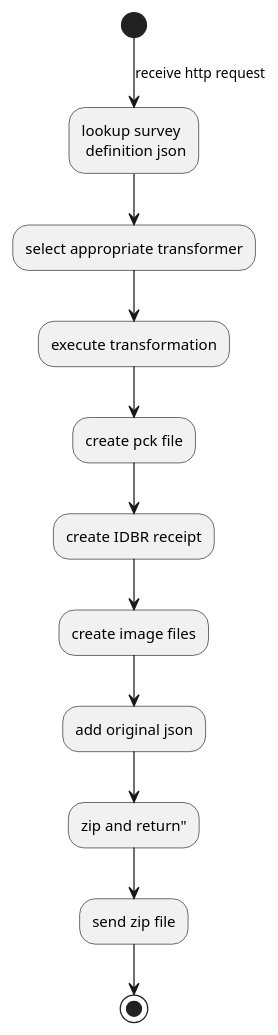
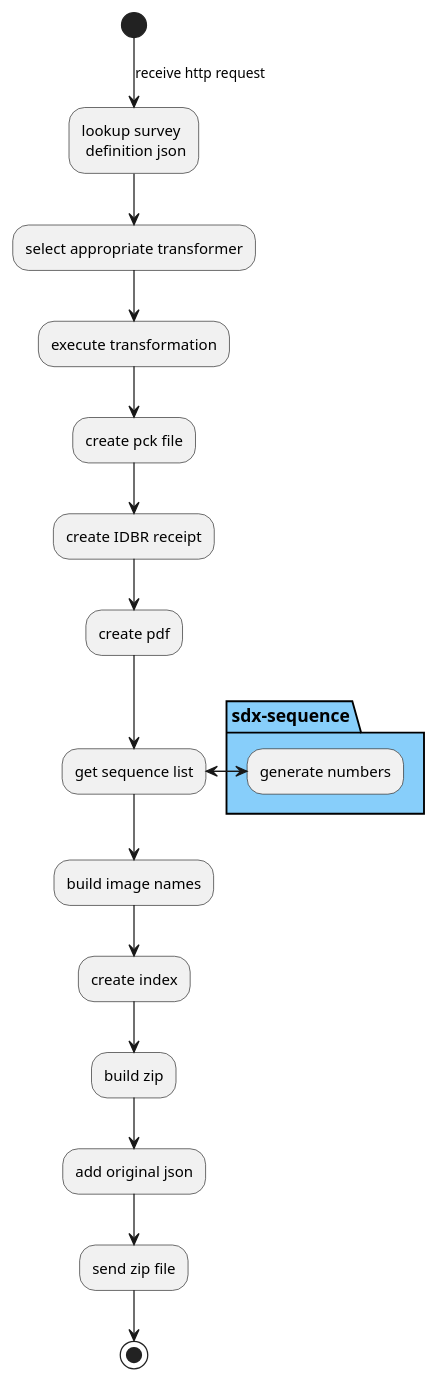
Before and after one commit to ONSdigital/sdx-transform-cs: the diagram in docs/uml/transform-activity.puml, drawn with PlantUML. The commit also changed 1 other file, not shown here.

Commit message:
further updates to diagrams

```diff
--- a/docs/uml/transform-activity.puml
+++ b/docs/uml/transform-activity.puml
@@ -1,14 +1,22 @@
 @startuml
 
-(*)  -->[receive http request] "lookup survey \n definition json" as A1
---> "select appropriate transformer" as A2
+(*)  -->[receive http request] "lookup survey \n definition json"
+--> "select appropriate transformer"
 --> "execute transformation"
 --> "create pck file"
 --> "create IDBR receipt"
---> "create image files"
+--> "create pdf"
+--> "get sequence list" as sl
+partition sdx-sequence #LightSkyBlue {
+sl -> "generate numbers" as ss
+ss -> sl
+}
+
+sl --> "build image names"
+--> "create index"
+--> "build zip"
 --> "add original json"
---> zip and return"
 --> "send zip file"
 -->(*)
 
 @enduml
```
